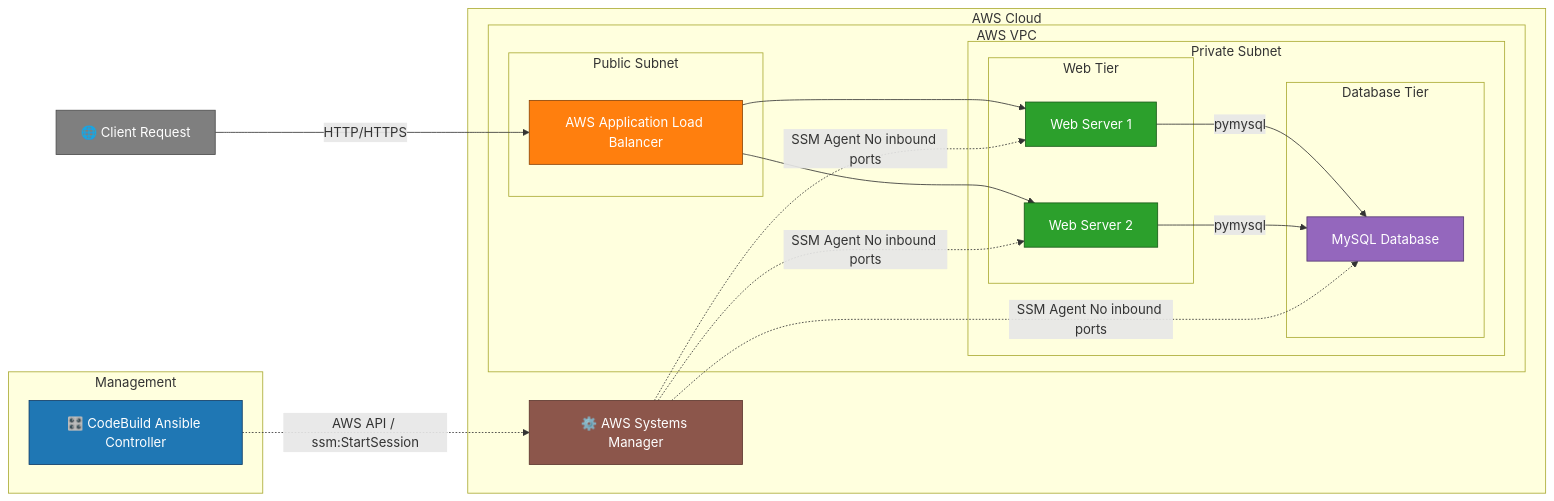
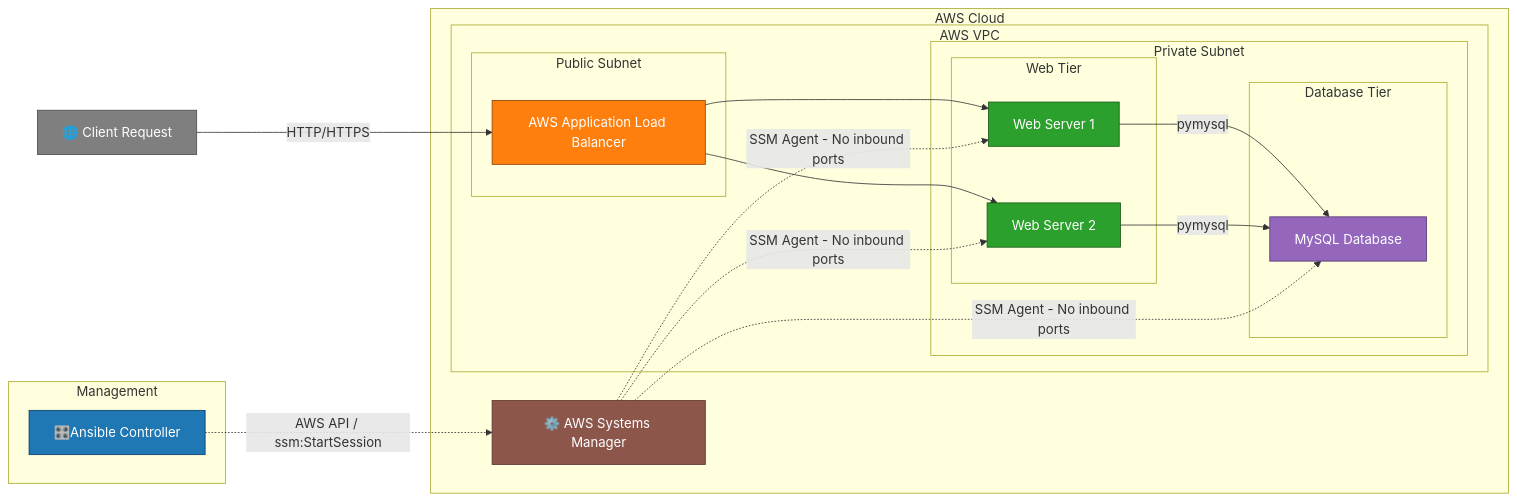
One commit to phyomauk/terraform-aws-ansible-lab changed the diagram in new_architecture.md. Above: the diagram before and after it, drawn with Mermaid.

Commit message:
updated diagram

````diff
--- a/new_architecture.md
+++ b/new_architecture.md
@@ -1,59 +1,59 @@
 ```mermaid
 flowchart LR
     %% Nodes
     USER[🌐 Client Request]
     
     subgraph Control_Plane [Management]
-        ANSIBLE[🎛️ CodeBuild Ansible Controller]
+        ANSIBLE[🎛️Ansible Controller]
     end
 
     subgraph AWS_Cloud [AWS Cloud]
         SSM[⚙️ AWS Systems Manager]
         
         subgraph AWS_VPC [AWS VPC]
             subgraph PUBLIC_SUBNET [Public Subnet]
                 ALB[AWS Application Load Balancer]
             end
 
             subgraph PRIVATE_SUBNET [Private Subnet]
                 subgraph WEB_TIER [Web Tier]
                     WEB1[Web Server 1]
                     WEB2[Web Server 2]
                 end
 
                 subgraph DB_TIER [Database Tier]
                     DB[MySQL Database]
                 end
             end
         end
     end
 
     %% Traffic Flow
     USER -->|HTTP/HTTPS| ALB
     ALB --> WEB1
     ALB --> WEB2
     WEB1 -->|pymysql| DB
     WEB2 -->|pymysql| DB
 
     %% Ansible Control Plane via SSM
     ANSIBLE -.->|AWS API / ssm:StartSession| SSM
-    SSM -.->|SSM Agent No inbound ports| WEB1
-    SSM -.->|SSM Agent No inbound ports| WEB2
-    SSM -.->|SSM Agent No inbound ports| DB
+    SSM -.->|SSM Agent - No inbound ports| WEB1
+    SSM -.->|SSM Agent - No inbound ports| WEB2
+    SSM -.->|SSM Agent - No inbound ports| DB
 
     %% Styling
     classDef controller fill:#1f77b4,color:#fff,stroke:#0d3b66
     classDef lb fill:#ff7f0e,color:#fff,stroke:#8c4407
     classDef web fill:#2ca02c,color:#fff,stroke:#185918
     classDef db fill:#9467bd,color:#fff,stroke:#553972
     classDef user fill:#7f7f7f,color:#fff,stroke:#4c4c4c
     classDef ssm fill:#8c564b,color:#fff,stroke:#5c352c
 
     class ANSIBLE controller
     class ALB lb
     class WEB1,WEB2 web
     class DB db
     class USER user
     class SSM ssm
 
 ```
````
